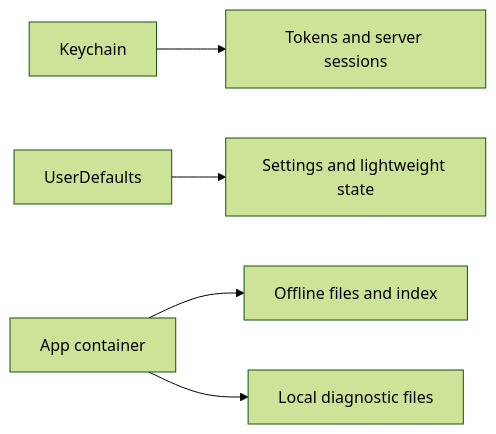
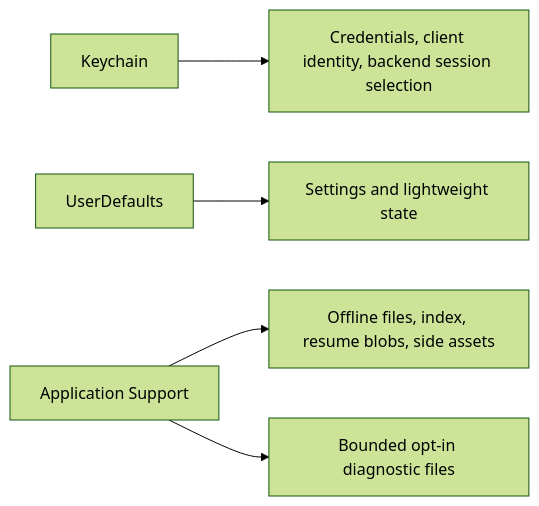
One commit to jlipworth/Labstream changed the diagram in docs/PERSISTENCE.md. Above: the diagram before and after it, drawn with Mermaid (forest theme). The commit also changed other lines of this file and 33 other files, not shown here.

Commit message:
docs: align architecture and workflows with current code

````diff
--- a/docs/PERSISTENCE.md
+++ b/docs/PERSISTENCE.md
@@ -5,7 +5,7 @@
 ```mermaid
 flowchart LR
-  Keychain[Keychain] --> Secrets[Tokens and server sessions]
+  Keychain[Keychain] --> Sessions[Credentials, client identity, backend session selection]
   Defaults[UserDefaults] --> Prefs[Settings and lightweight state]
-  Container[App container] --> Downloads[Offline files and index]
-  Container --> Diagnostics[Local diagnostic files]
+  Support[Application Support] --> Downloads[Offline files, index, resume blobs, side assets]
+  Support --> Diagnostics[Bounded opt-in diagnostic files]
 ```
````
